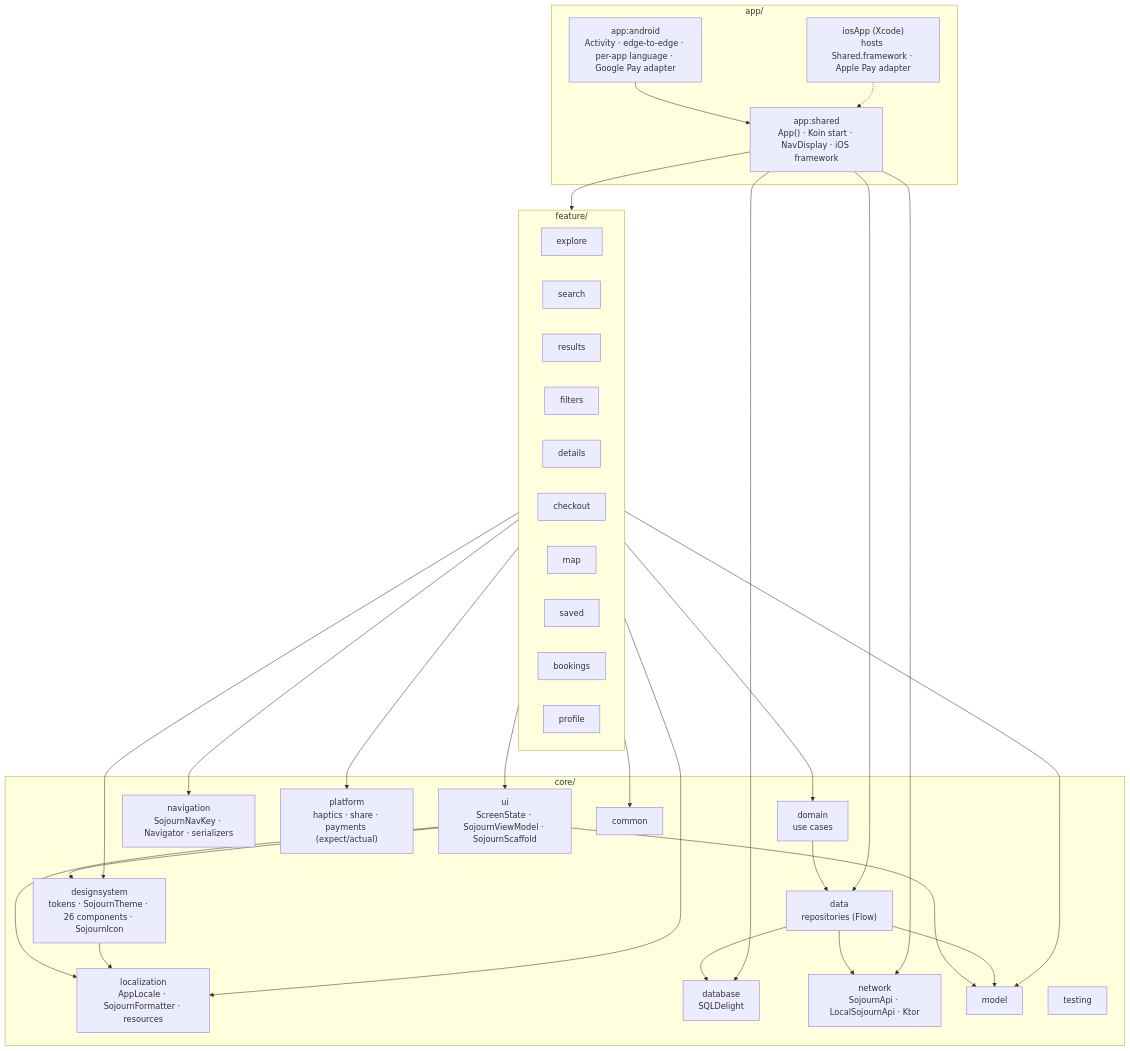
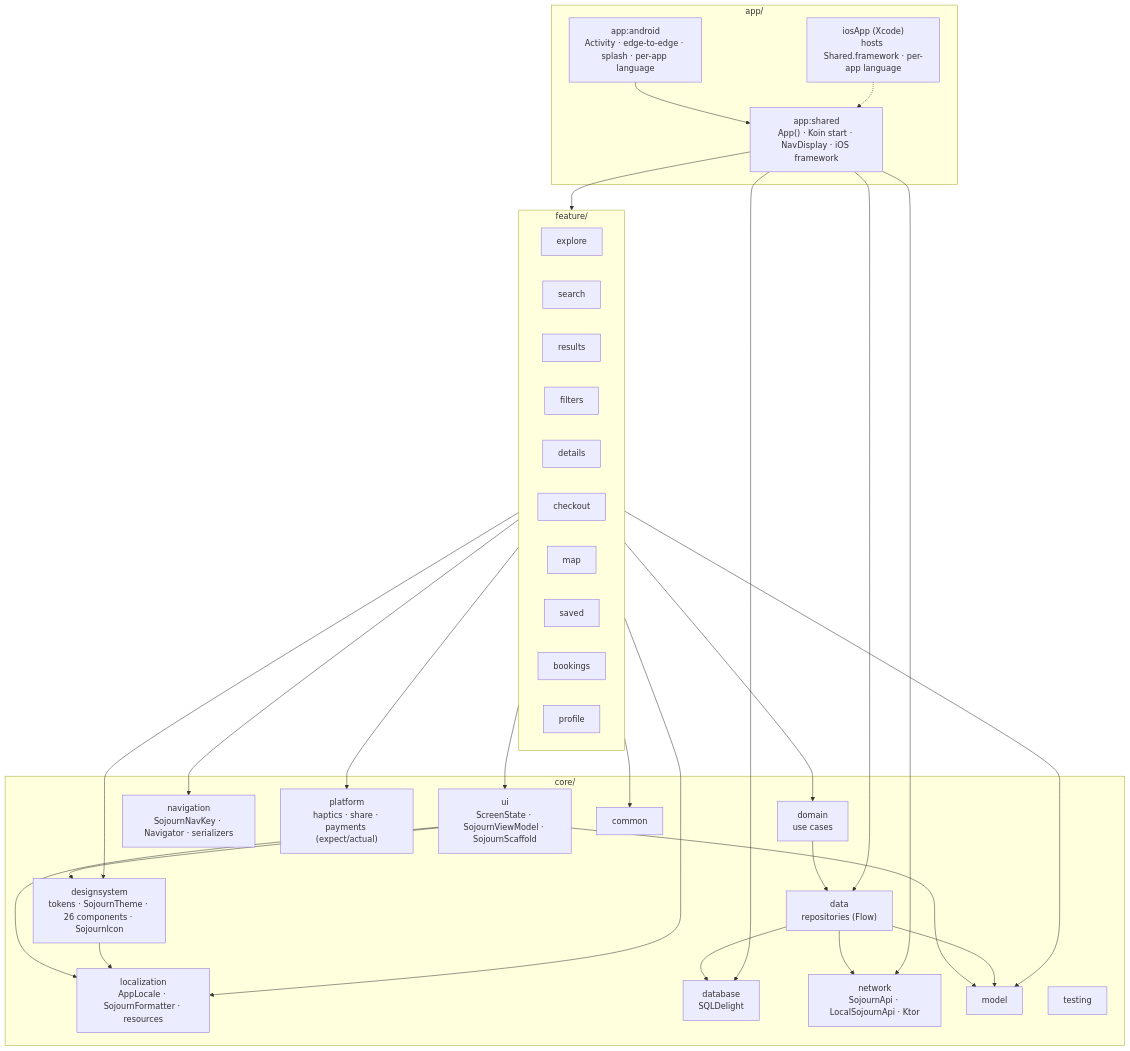
The diagram in docs/architecture/overview.md (Besoabulubbad/sojourn), drawn with Mermaid before and after one commit. The commit also changed other lines of this file and 53 other files, not shown here.

````diff
--- a/docs/architecture/overview.md
+++ b/docs/architecture/overview.md
@@ -7,33 +7,33 @@
 ```mermaid
 flowchart TB
   subgraph app["app/"]
-    android["app:android<br/>Activity · edge-to-edge · per-app language · Google Pay adapter"]
+    android["app:android<br/>Activity · edge-to-edge · splash · per-app language"]
     shared["app:shared<br/>App() · Koin start · NavDisplay · iOS framework"]
-    ios["iosApp (Xcode)<br/>hosts Shared.framework · Apple Pay adapter"]
+    ios["iosApp (Xcode)<br/>hosts Shared.framework · per-app language"]
   end
   subgraph feature["feature/"]
     explore[explore] ; search[search] ; results[results] ; filters[filters] ; details[details]
     checkout[checkout] ; map[map] ; saved[saved] ; bookings[bookings] ; profile[profile]
   end
   subgraph core["core/"]
     ui["ui<br/>ScreenState · SojournViewModel · SojournScaffold"]
     ds["designsystem<br/>tokens · SojournTheme · 26 components · SojournIcon"]
     l10n["localization<br/>AppLocale · SojournFormatter · resources"]
     nav["navigation<br/>SojournNavKey · Navigator · serializers"]
     platform["platform<br/>haptics · share · payments (expect/actual)"]
     domain["domain<br/>use cases"]
     data["data<br/>repositories (Flow)"]
     db["database<br/>SQLDelight"]
     net["network<br/>SojournApi · LocalSojournApi · Ktor"]
     model[model] ; common[common] ; testing[testing]
   end
   android --> shared
   ios -.-> shared
   shared --> feature
   feature --> ui & ds & l10n & nav & domain & platform & model & common
   ui --> ds & l10n & model
   ds --> l10n
   domain --> data --> db & net
   data --> model
   shared --> data & db & net
 ```
````
